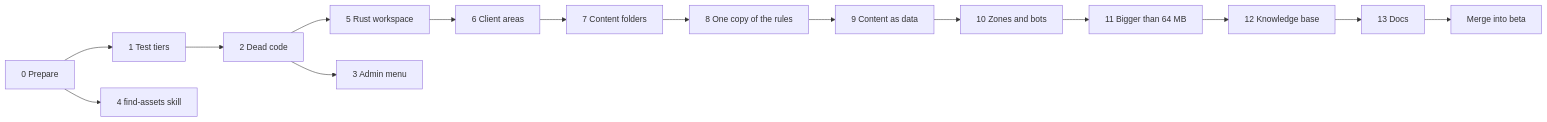
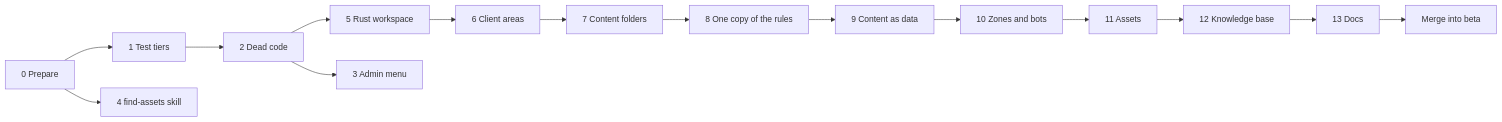
One commit to philip-pandoscape/ruina_the_game changed the second of 2 diagrams in .plans/refactor/README.md. Above: the diagram before and after it, drawn with Mermaid. The commit also changed other lines of this file and 8 other files, not shown here.

````diff
--- a/.plans/refactor/README.md
+++ b/.plans/refactor/README.md
@@ -164,6 +165,6 @@
 ```mermaid
 flowchart LR
-  P0[0 Prepare] --> P1[1 Test tiers] --> P2[2 Dead code] --> P5[5 Rust workspace] --> P6[6 Client areas] --> P7[7 Content folders] --> P8[8 One copy of the rules] --> P9[9 Content as data] --> P10[10 Zones and bots] --> P11[11 Bigger than 64 MB] --> P12[12 Knowledge base] --> P13[13 Docs] --> M[Merge into beta]
+  P0[0 Prepare] --> P1[1 Test tiers] --> P2[2 Dead code] --> P5[5 Rust workspace] --> P6[6 Client areas] --> P7[7 Content folders] --> P8[8 One copy of the rules] --> P9[9 Content as data] --> P10[10 Zones and bots] --> P11[11 Assets] --> P12[12 Knowledge base] --> P13[13 Docs] --> M[Merge into beta]
   P2 --> P3[3 Admin menu]
   P0 --> P4[4 find-assets skill]
 ```
````
